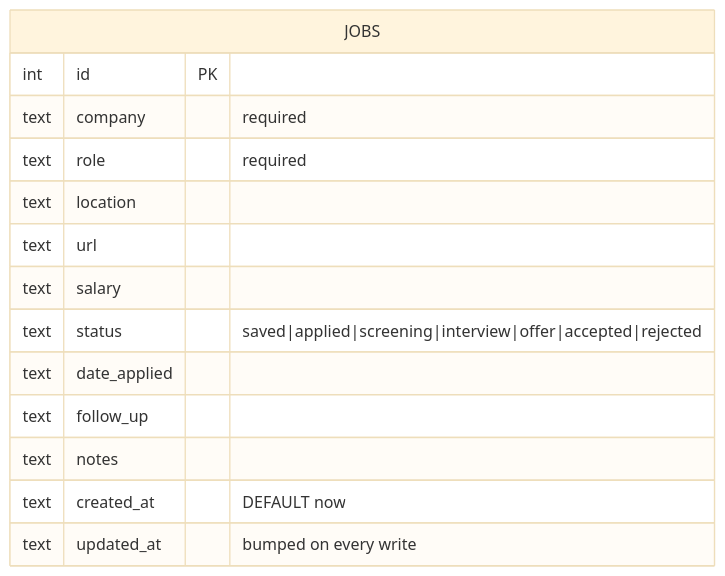
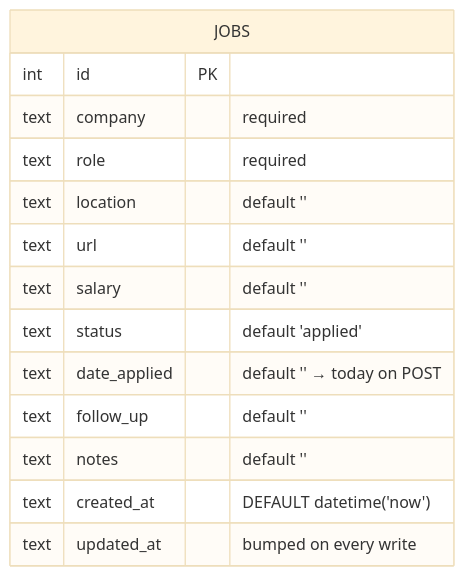
One commit to CharlieJamesGwapo/jobflow changed the ninth of 14 diagrams in ARCHITECTURE.md. Above: the diagram before and after it, drawn with Mermaid (base theme). The commit also changed other lines of this file, not shown here.

Commit message:
Expand ARCHITECTURE.md: 15 sections, 11 mermaid diagrams, decisions log

````diff
--- a/ARCHITECTURE.md
+++ b/ARCHITECTURE.md
@@ -92,17 +254,17 @@
 ```mermaid
 erDiagram
     JOBS {
         int    id            PK
         text   company       "required"
         text   role          "required"
-        text   location
-        text   url
-        text   salary
-        text   status        "saved|applied|screening|interview|offer|accepted|rejected"
-        text   date_applied
-        text   follow_up
-        text   notes
-        text   created_at    "DEFAULT now"
+        text   location      "default ''"
+        text   url           "default ''"
+        text   salary        "default ''"
+        text   status        "default 'applied'"
+        text   date_applied  "default '' → today on POST"
+        text   follow_up     "default ''"
+        text   notes         "default ''"
+        text   created_at    "DEFAULT datetime('now')"
         text   updated_at    "bumped on every write"
     }
 ```
````
